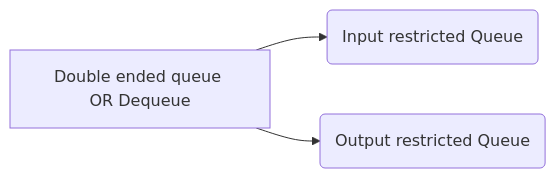
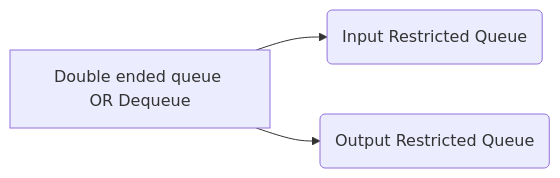
The fifth of 5 diagrams in Linear-ds/Dynamic-ds/Queue/README.md (thejunghare/DataStructure), drawn with Mermaid before and after one commit. The commit also changed other lines of this file, not shown here.

````diff
--- a/Linear-ds/Dynamic-ds/Queue/README.md
+++ b/Linear-ds/Dynamic-ds/Queue/README.md
@@ -63,5 +63,5 @@
 ```mermaid
 graph LR
-    A[Double ended queue OR Dequeue] --> B(Input restricted Queue)
-    A[Double ended queue OR Dequeue] --> c(Output restricted Queue)
+    A[Double ended queue OR Dequeue] --> B(Input Restricted Queue)
+    A[Double ended queue OR Dequeue] --> c(Output Restricted Queue)
 ```
````
